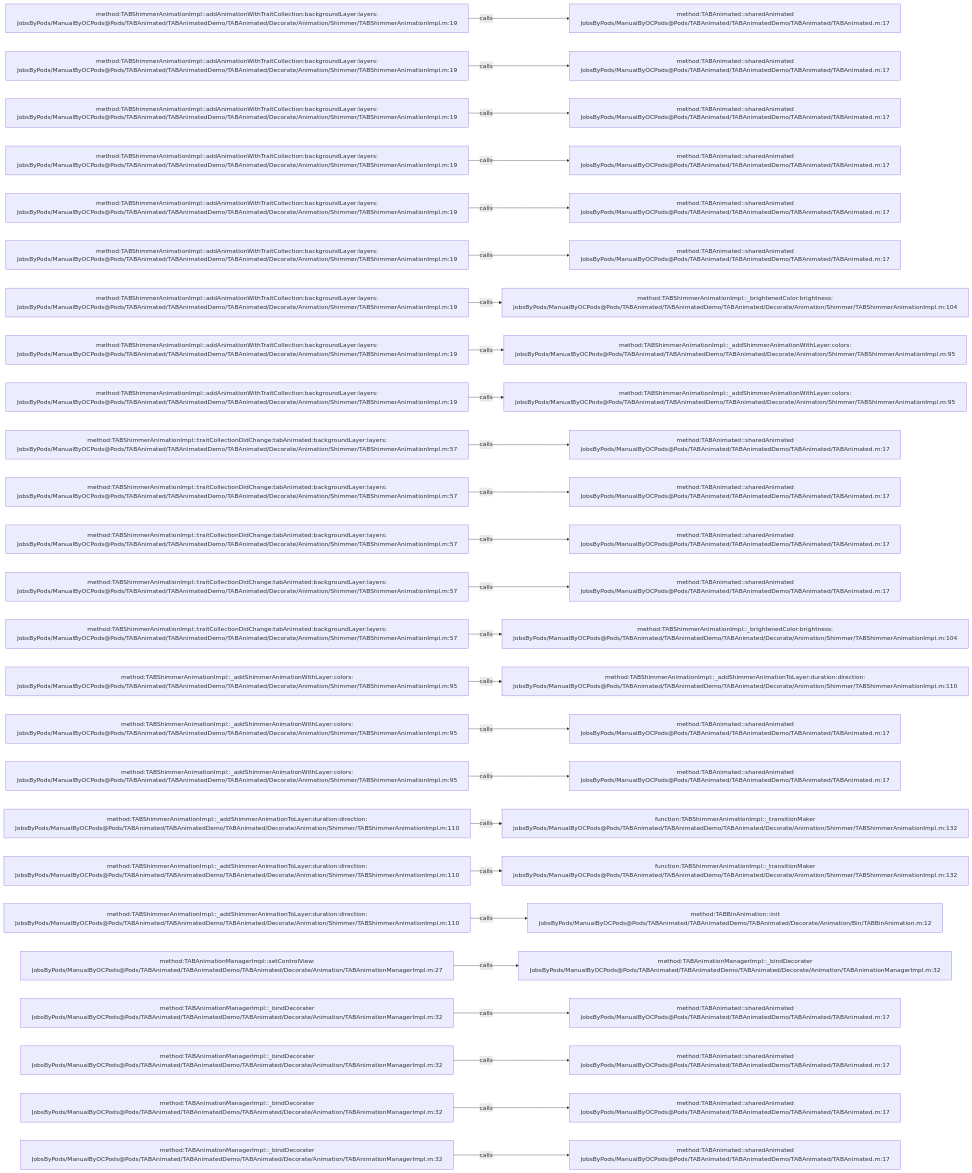
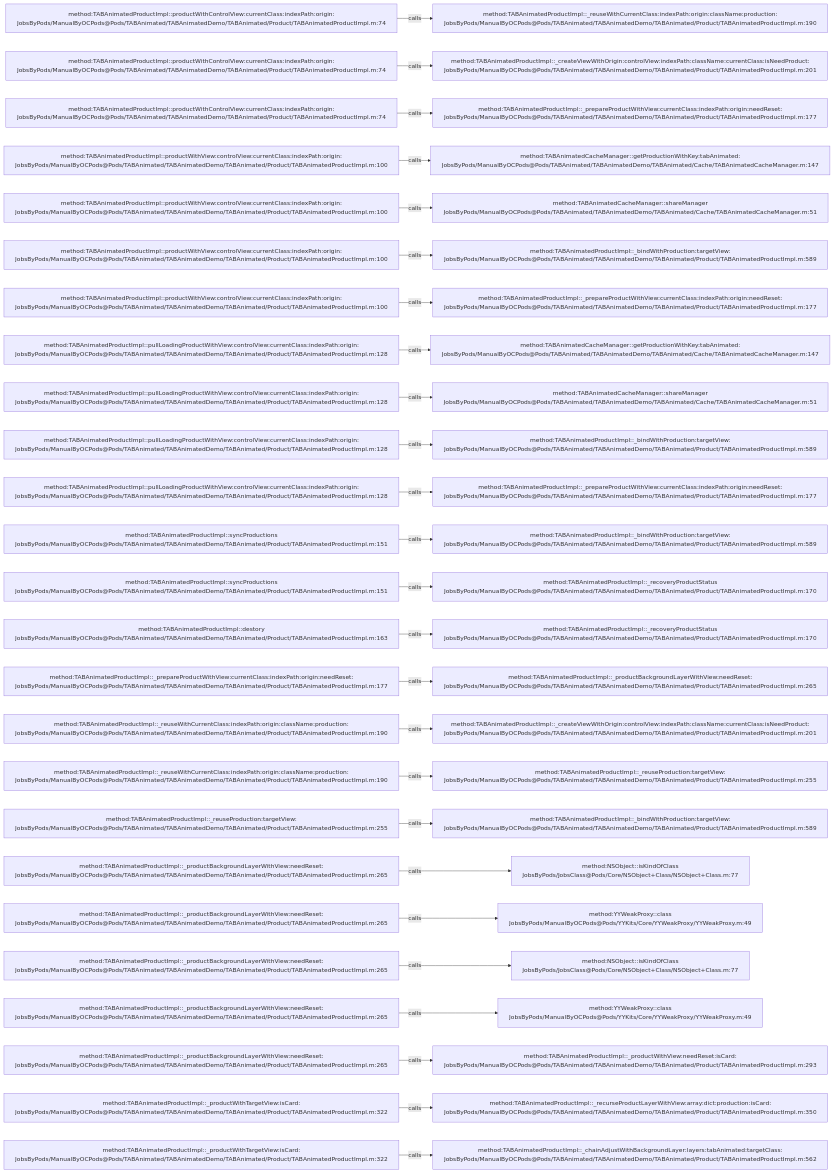
The diagram in .codegraph/codegraph.md/graphs/calls-027.md (JobsKits/JobsOCBaseConfigDemo), drawn with Mermaid before and after one commit. The commit also changed 1448 other files, not shown here.

````diff
--- a/.codegraph/codegraph.md/graphs/calls-027.md
+++ b/.codegraph/codegraph.md/graphs/calls-027.md
@@ -13,78 +13,78 @@
 ```mermaid
 flowchart LR
-  S1["method:TABShimmerAnimationImpl::addAnimationWithTraitCollection:backgroundLayer:layers:<br/>JobsByPods/ManualByOCPods@Pods/TABAnimated/TABAnimatedDemo/TABAnimated/Decorate/Animation/Shimmer/TABShimmerAnimationImpl.m:19"]
-  T1["method:TABAnimated::sharedAnimated<br/>JobsByPods/ManualByOCPods@Pods/TABAnimated/TABAnimatedDemo/TABAnimated/TABAnimated.m:17"]
+  S1["method:TABAnimatedProductImpl::productWithControlView:currentClass:indexPath:origin:<br/>JobsByPods/ManualByOCPods@Pods/TABAnimated/TABAnimatedDemo/TABAnimated/Product/TABAnimatedProductImpl.m:74"]
+  T1["method:TABAnimatedProductImpl::_reuseWithCurrentClass:indexPath:origin:className:production:<br/>JobsByPods/ManualByOCPods@Pods/TABAnimated/TABAnimatedDemo/TABAnimated/Product/TABAnimatedProductImpl.m:190"]
   S1 -->|calls| T1
-  S2["method:TABShimmerAnimationImpl::addAnimationWithTraitCollection:backgroundLayer:layers:<br/>JobsByPods/ManualByOCPods@Pods/TABAnimated/TABAnimatedDemo/TABAnimated/Decorate/Animation/Shimmer/TABShimmerAnimationImpl.m:19"]
-  T2["method:TABAnimated::sharedAnimated<br/>JobsByPods/ManualByOCPods@Pods/TABAnimated/TABAnimatedDemo/TABAnimated/TABAnimated.m:17"]
+  S2["method:TABAnimatedProductImpl::productWithControlView:currentClass:indexPath:origin:<br/>JobsByPods/ManualByOCPods@Pods/TABAnimated/TABAnimatedDemo/TABAnimated/Product/TABAnimatedProductImpl.m:74"]
+  T2["method:TABAnimatedProductImpl::_createViewWithOrigin:controlView:indexPath:className:currentClass:isNeedProduct:<br/>JobsByPods/ManualByOCPods@Pods/TABAnimated/TABAnimatedDemo/TABAnimated/Product/TABAnimatedProductImpl.m:201"]
   S2 -->|calls| T2
-  S3["method:TABShimmerAnimationImpl::addAnimationWithTraitCollection:backgroundLayer:layers:<br/>JobsByPods/ManualByOCPods@Pods/TABAnimated/TABAnimatedDemo/TABAnimated/Decorate/Animation/Shimmer/TABShimmerAnimationImpl.m:19"]
-  T3["method:TABAnimated::sharedAnimated<br/>JobsByPods/ManualByOCPods@Pods/TABAnimated/TABAnimatedDemo/TABAnimated/TABAnimated.m:17"]
+  S3["method:TABAnimatedProductImpl::productWithControlView:currentClass:indexPath:origin:<br/>JobsByPods/ManualByOCPods@Pods/TABAnimated/TABAnimatedDemo/TABAnimated/Product/TABAnimatedProductImpl.m:74"]
+  T3["method:TABAnimatedProductImpl::_prepareProductWithView:currentClass:indexPath:origin:needReset:<br/>JobsByPods/ManualByOCPods@Pods/TABAnimated/TABAnimatedDemo/TABAnimated/Product/TABAnimatedProductImpl.m:177"]
   S3 -->|calls| T3
-  S4["method:TABShimmerAnimationImpl::addAnimationWithTraitCollection:backgroundLayer:layers:<br/>JobsByPods/ManualByOCPods@Pods/TABAnimated/TABAnimatedDemo/TABAnimated/Decorate/Animation/Shimmer/TABShimmerAnimationImpl.m:19"]
-  T4["method:TABAnimated::sharedAnimated<br/>JobsByPods/ManualByOCPods@Pods/TABAnimated/TABAnimatedDemo/TABAnimated/TABAnimated.m:17"]
+  S4["method:TABAnimatedProductImpl::productWithView:controlView:currentClass:indexPath:origin:<br/>JobsByPods/ManualByOCPods@Pods/TABAnimated/TABAnimatedDemo/TABAnimated/Product/TABAnimatedProductImpl.m:100"]
+  T4["method:TABAnimatedCacheManager::getProductionWithKey:tabAnimated:<br/>JobsByPods/ManualByOCPods@Pods/TABAnimated/TABAnimatedDemo/TABAnimated/Cache/TABAnimatedCacheManager.m:147"]
   S4 -->|calls| T4
-  S5["method:TABShimmerAnimationImpl::addAnimationWithTraitCollection:backgroundLayer:layers:<br/>JobsByPods/ManualByOCPods@Pods/TABAnimated/TABAnimatedDemo/TABAnimated/Decorate/Animation/Shimmer/TABShimmerAnimationImpl.m:19"]
-  T5["method:TABAnimated::sharedAnimated<br/>JobsByPods/ManualByOCPods@Pods/TABAnimated/TABAnimatedDemo/TABAnimated/TABAnimated.m:17"]
+  S5["method:TABAnimatedProductImpl::productWithView:controlView:currentClass:indexPath:origin:<br/>JobsByPods/ManualByOCPods@Pods/TABAnimated/TABAnimatedDemo/TABAnimated/Product/TABAnimatedProductImpl.m:100"]
+  T5["method:TABAnimatedCacheManager::shareManager<br/>JobsByPods/ManualByOCPods@Pods/TABAnimated/TABAnimatedDemo/TABAnimated/Cache/TABAnimatedCacheManager.m:51"]
   S5 -->|calls| T5
-  S6["method:TABShimmerAnimationImpl::addAnimationWithTraitCollection:backgroundLayer:layers:<br/>JobsByPods/ManualByOCPods@Pods/TABAnimated/TABAnimatedDemo/TABAnimated/Decorate/Animation/Shimmer/TABShimmerAnimationImpl.m:19"]
-  T6["method:TABAnimated::sharedAnimated<br/>JobsByPods/ManualByOCPods@Pods/TABAnimated/TABAnimatedDemo/TABAnimated/TABAnimated.m:17"]
+  S6["method:TABAnimatedProductImpl::productWithView:controlView:currentClass:indexPath:origin:<br/>JobsByPods/ManualByOCPods@Pods/TABAnimated/TABAnimatedDemo/TABAnimated/Product/TABAnimatedProductImpl.m:100"]
+  T6["method:TABAnimatedProductImpl::_bindWithProduction:targetView:<br/>JobsByPods/ManualByOCPods@Pods/TABAnimated/TABAnimatedDemo/TABAnimated/Product/TABAnimatedProductImpl.m:589"]
   S6 -->|calls| T6
-  S7["method:TABShimmerAnimationImpl::addAnimationWithTraitCollection:backgroundLayer:layers:<br/>JobsByPods/ManualByOCPods@Pods/TABAnimated/TABAnimatedDemo/TABAnimated/Decorate/Animation/Shimmer/TABShimmerAnimationImpl.m:19"]
-  T7["method:TABShimmerAnimationImpl::_brightenedColor:brightness:<br/>JobsByPods/ManualByOCPods@Pods/TABAnimated/TABAnimatedDemo/TABAnimated/Decorate/Animation/Shimmer/TABShimmerAnimationImpl.m:104"]
+  S7["method:TABAnimatedProductImpl::productWithView:controlView:currentClass:indexPath:origin:<br/>JobsByPods/ManualByOCPods@Pods/TABAnimated/TABAnimatedDemo/TABAnimated/Product/TABAnimatedProductImpl.m:100"]
+  T7["method:TABAnimatedProductImpl::_prepareProductWithView:currentClass:indexPath:origin:needReset:<br/>JobsByPods/ManualByOCPods@Pods/TABAnimated/TABAnimatedDemo/TABAnimated/Product/TABAnimatedProductImpl.m:177"]
   S7 -->|calls| T7
-  S8["method:TABShimmerAnimationImpl::addAnimationWithTraitCollection:backgroundLayer:layers:<br/>JobsByPods/ManualByOCPods@Pods/TABAnimated/TABAnimatedDemo/TABAnimated/Decorate/Animation/Shimmer/TABShimmerAnimationImpl.m:19"]
-  T8["method:TABShimmerAnimationImpl::_addShimmerAnimationWithLayer:colors:<br/>JobsByPods/ManualByOCPods@Pods/TABAnimated/TABAnimatedDemo/TABAnimated/Decorate/Animation/Shimmer/TABShimmerAnimationImpl.m:95"]
+  S8["method:TABAnimatedProductImpl::pullLoadingProductWithView:controlView:currentClass:indexPath:origin:<br/>JobsByPods/ManualByOCPods@Pods/TABAnimated/TABAnimatedDemo/TABAnimated/Product/TABAnimatedProductImpl.m:128"]
+  T8["method:TABAnimatedCacheManager::getProductionWithKey:tabAnimated:<br/>JobsByPods/ManualByOCPods@Pods/TABAnimated/TABAnimatedDemo/TABAnimated/Cache/TABAnimatedCacheManager.m:147"]
   S8 -->|calls| T8
-  S9["method:TABShimmerAnimationImpl::addAnimationWithTraitCollection:backgroundLayer:layers:<br/>JobsByPods/ManualByOCPods@Pods/TABAnimated/TABAnimatedDemo/TABAnimated/Decorate/Animation/Shimmer/TABShimmerAnimationImpl.m:19"]
-  T9["method:TABShimmerAnimationImpl::_addShimmerAnimationWithLayer:colors:<br/>JobsByPods/ManualByOCPods@Pods/TABAnimated/TABAnimatedDemo/TABAnimated/Decorate/Animation/Shimmer/TABShimmerAnimationImpl.m:95"]
+  S9["method:TABAnimatedProductImpl::pullLoadingProductWithView:controlView:currentClass:indexPath:origin:<br/>JobsByPods/ManualByOCPods@Pods/TABAnimated/TABAnimatedDemo/TABAnimated/Product/TABAnimatedProductImpl.m:128"]
+  T9["method:TABAnimatedCacheManager::shareManager<br/>JobsByPods/ManualByOCPods@Pods/TABAnimated/TABAnimatedDemo/TABAnimated/Cache/TABAnimatedCacheManager.m:51"]
   S9 -->|calls| T9
-  S10["method:TABShimmerAnimationImpl::traitCollectionDidChange:tabAnimated:backgroundLayer:layers:<br/>JobsByPods/ManualByOCPods@Pods/TABAnimated/TABAnimatedDemo/TABAnimated/Decorate/Animation/Shimmer/TABShimmerAnimationImpl.m:57"]
-  T10["method:TABAnimated::sharedAnimated<br/>JobsByPods/ManualByOCPods@Pods/TABAnimated/TABAnimatedDemo/TABAnimated/TABAnimated.m:17"]
+  S10["method:TABAnimatedProductImpl::pullLoadingProductWithView:controlView:currentClass:indexPath:origin:<br/>JobsByPods/ManualByOCPods@Pods/TABAnimated/TABAnimatedDemo/TABAnimated/Product/TABAnimatedProductImpl.m:128"]
+  T10["method:TABAnimatedProductImpl::_bindWithProduction:targetView:<br/>JobsByPods/ManualByOCPods@Pods/TABAnimated/TABAnimatedDemo/TABAnimated/Product/TABAnimatedProductImpl.m:589"]
   S10 -->|calls| T10
-  S11["method:TABShimmerAnimationImpl::traitCollectionDidChange:tabAnimated:backgroundLayer:layers:<br/>JobsByPods/ManualByOCPods@Pods/TABAnimated/TABAnimatedDemo/TABAnimated/Decorate/Animation/Shimmer/TABShimmerAnimationImpl.m:57"]
-  T11["method:TABAnimated::sharedAnimated<br/>JobsByPods/ManualByOCPods@Pods/TABAnimated/TABAnimatedDemo/TABAnimated/TABAnimated.m:17"]
+  S11["method:TABAnimatedProductImpl::pullLoadingProductWithView:controlView:currentClass:indexPath:origin:<br/>JobsByPods/ManualByOCPods@Pods/TABAnimated/TABAnimatedDemo/TABAnimated/Product/TABAnimatedProductImpl.m:128"]
+  T11["method:TABAnimatedProductImpl::_prepareProductWithView:currentClass:indexPath:origin:needReset:<br/>JobsByPods/ManualByOCPods@Pods/TABAnimated/TABAnimatedDemo/TABAnimated/Product/TABAnimatedProductImpl.m:177"]
   S11 -->|calls| T11
-  S12["method:TABShimmerAnimationImpl::traitCollectionDidChange:tabAnimated:backgroundLayer:layers:<br/>JobsByPods/ManualByOCPods@Pods/TABAnimated/TABAnimatedDemo/TABAnimated/Decorate/Animation/Shimmer/TABShimmerAnimationImpl.m:57"]
-  T12["method:TABAnimated::sharedAnimated<br/>JobsByPods/ManualByOCPods@Pods/TABAnimated/TABAnimatedDemo/TABAnimated/TABAnimated.m:17"]
+  S12["method:TABAnimatedProductImpl::syncProductions<br/>JobsByPods/ManualByOCPods@Pods/TABAnimated/TABAnimatedDemo/TABAnimated/Product/TABAnimatedProductImpl.m:151"]
+  T12["method:TABAnimatedProductImpl::_bindWithProduction:targetView:<br/>JobsByPods/ManualByOCPods@Pods/TABAnimated/TABAnimatedDemo/TABAnimated/Product/TABAnimatedProductImpl.m:589"]
   S12 -->|calls| T12
-  S13["method:TABShimmerAnimationImpl::traitCollectionDidChange:tabAnimated:backgroundLayer:layers:<br/>JobsByPods/ManualByOCPods@Pods/TABAnimated/TABAnimatedDemo/TABAnimated/Decorate/Animation/Shimmer/TABShimmerAnimationImpl.m:57"]
-  T13["method:TABAnimated::sharedAnimated<br/>JobsByPods/ManualByOCPods@Pods/TABAnimated/TABAnimatedDemo/TABAnimated/TABAnimated.m:17"]
+  S13["method:TABAnimatedProductImpl::syncProductions<br/>JobsByPods/ManualByOCPods@Pods/TABAnimated/TABAnimatedDemo/TABAnimated/Product/TABAnimatedProductImpl.m:151"]
+  T13["method:TABAnimatedProductImpl::_recoveryProductStatus<br/>JobsByPods/ManualByOCPods@Pods/TABAnimated/TABAnimatedDemo/TABAnimated/Product/TABAnimatedProductImpl.m:170"]
   S13 -->|calls| T13
-  S14["method:TABShimmerAnimationImpl::traitCollectionDidChange:tabAnimated:backgroundLayer:layers:<br/>JobsByPods/ManualByOCPods@Pods/TABAnimated/TABAnimatedDemo/TABAnimated/Decorate/Animation/Shimmer/TABShimmerAnimationImpl.m:57"]
-  T14["method:TABShimmerAnimationImpl::_brightenedColor:brightness:<br/>JobsByPods/ManualByOCPods@Pods/TABAnimated/TABAnimatedDemo/TABAnimated/Decorate/Animation/Shimmer/TABShimmerAnimationImpl.m:104"]
+  S14["method:TABAnimatedProductImpl::destory<br/>JobsByPods/ManualByOCPods@Pods/TABAnimated/TABAnimatedDemo/TABAnimated/Product/TABAnimatedProductImpl.m:163"]
+  T14["method:TABAnimatedProductImpl::_recoveryProductStatus<br/>JobsByPods/ManualByOCPods@Pods/TABAnimated/TABAnimatedDemo/TABAnimated/Product/TABAnimatedProductImpl.m:170"]
   S14 -->|calls| T14
-  S15["method:TABShimmerAnimationImpl::_addShimmerAnimationWithLayer:colors:<br/>JobsByPods/ManualByOCPods@Pods/TABAnimated/TABAnimatedDemo/TABAnimated/Decorate/Animation/Shimmer/TABShimmerAnimationImpl.m:95"]
-  T15["method:TABShimmerAnimationImpl::_addShimmerAnimationToLayer:duration:direction:<br/>JobsByPods/ManualByOCPods@Pods/TABAnimated/TABAnimatedDemo/TABAnimated/Decorate/Animation/Shimmer/TABShimmerAnimationImpl.m:110"]
+  S15["method:TABAnimatedProductImpl::_prepareProductWithView:currentClass:indexPath:origin:needReset:<br/>JobsByPods/ManualByOCPods@Pods/TABAnimated/TABAnimatedDemo/TABAnimated/Product/TABAnimatedProductImpl.m:177"]
+  T15["method:TABAnimatedProductImpl::_productBackgroundLayerWithView:needReset:<br/>JobsByPods/ManualByOCPods@Pods/TABAnimated/TABAnimatedDemo/TABAnimated/Product/TABAnimatedProductImpl.m:265"]
   S15 -->|calls| T15
-  S16["method:TABShimmerAnimationImpl::_addShimmerAnimationWithLayer:colors:<br/>JobsByPods/ManualByOCPods@Pods/TABAnimated/TABAnimatedDemo/TABAnimated/Decorate/Animation/Shimmer/TABShimmerAnimationImpl.m:95"]
-  T16["method:TABAnimated::sharedAnimated<br/>JobsByPods/ManualByOCPods@Pods/TABAnimated/TABAnimatedDemo/TABAnimated/TABAnimated.m:17"]
+  S16["method:TABAnimatedProductImpl::_reuseWithCurrentClass:indexPath:origin:className:production:<br/>JobsByPods/ManualByOCPods@Pods/TABAnimated/TABAnimatedDemo/TABAnimated/Product/TABAnimatedProductImpl.m:190"]
+  T16["method:TABAnimatedProductImpl::_createViewWithOrigin:controlView:indexPath:className:currentClass:isNeedProduct:<br/>JobsByPods/ManualByOCPods@Pods/TABAnimated/TABAnimatedDemo/TABAnimated/Product/TABAnimatedProductImpl.m:201"]
   S16 -->|calls| T16
-  S17["method:TABShimmerAnimationImpl::_addShimmerAnimationWithLayer:colors:<br/>JobsByPods/ManualByOCPods@Pods/TABAnimated/TABAnimatedDemo/TABAnimated/Decorate/Animation/Shimmer/TABShimmerAnimationImpl.m:95"]
-  T17["method:TABAnimated::sharedAnimated<br/>JobsByPods/ManualByOCPods@Pods/TABAnimated/TABAnimatedDemo/TABAnimated/TABAnimated.m:17"]
+  S17["method:TABAnimatedProductImpl::_reuseWithCurrentClass:indexPath:origin:className:production:<br/>JobsByPods/ManualByOCPods@Pods/TABAnimated/TABAnimatedDemo/TABAnimated/Product/TABAnimatedProductImpl.m:190"]
+  T17["method:TABAnimatedProductImpl::_reuseProduction:targetView:<br/>JobsByPods/ManualByOCPods@Pods/TABAnimated/TABAnimatedDemo/TABAnimated/Product/TABAnimatedProductImpl.m:255"]
   S17 -->|calls| T17
-  S18["method:TABShimmerAnimationImpl::_addShimmerAnimationToLayer:duration:direction:<br/>JobsByPods/ManualByOCPods@Pods/TABAnimated/TABAnimatedDemo/TABAnimated/Decorate/Animation/Shimmer/TABShimmerAnimationImpl.m:110"]
-  T18["function:TABShimmerAnimationImpl::_transitionMaker<br/>JobsByPods/ManualByOCPods@Pods/TABAnimated/TABAnimatedDemo/TABAnimated/Decorate/Animation/Shimmer/TABShimmerAnimationImpl.m:132"]
+  S18["method:TABAnimatedProductImpl::_reuseProduction:targetView:<br/>JobsByPods/ManualByOCPods@Pods/TABAnimated/TABAnimatedDemo/TABAnimated/Product/TABAnimatedProductImpl.m:255"]
+  T18["method:TABAnimatedProductImpl::_bindWithProduction:targetView:<br/>JobsByPods/ManualByOCPods@Pods/TABAnimated/TABAnimatedDemo/TABAnimated/Product/TABAnimatedProductImpl.m:589"]
   S18 -->|calls| T18
-  S19["method:TABShimmerAnimationImpl::_addShimmerAnimationToLayer:duration:direction:<br/>JobsByPods/ManualByOCPods@Pods/TABAnimated/TABAnimatedDemo/TABAnimated/Decorate/Animation/Shimmer/TABShimmerAnimationImpl.m:110"]
-  T19["function:TABShimmerAnimationImpl::_transitionMaker<br/>JobsByPods/ManualByOCPods@Pods/TABAnimated/TABAnimatedDemo/TABAnimated/Decorate/Animation/Shimmer/TABShimmerAnimationImpl.m:132"]
+  S19["method:TABAnimatedProductImpl::_productBackgroundLayerWithView:needReset:<br/>JobsByPods/ManualByOCPods@Pods/TABAnimated/TABAnimatedDemo/TABAnimated/Product/TABAnimatedProductImpl.m:265"]
+  T19["method:NSObject::isKindOfClass<br/>JobsByPods/JobsClass@Pods/Core/NSObject+Class/NSObject+Class.m:77"]
   S19 -->|calls| T19
-  S20["method:TABShimmerAnimationImpl::_addShimmerAnimationToLayer:duration:direction:<br/>JobsByPods/ManualByOCPods@Pods/TABAnimated/TABAnimatedDemo/TABAnimated/Decorate/Animation/Shimmer/TABShimmerAnimationImpl.m:110"]
-  T20["method:TABBinAnimation::init<br/>JobsByPods/ManualByOCPods@Pods/TABAnimated/TABAnimatedDemo/TABAnimated/Decorate/Animation/Bin/TABBinAnimation.m:12"]
+  S20["method:TABAnimatedProductImpl::_productBackgroundLayerWithView:needReset:<br/>JobsByPods/ManualByOCPods@Pods/TABAnimated/TABAnimatedDemo/TABAnimated/Product/TABAnimatedProductImpl.m:265"]
+  T20["method:YYWeakProxy::class<br/>JobsByPods/ManualByOCPods@Pods/YYKits/Core/YYWeakProxy/YYWeakProxy.m:49"]
   S20 -->|calls| T20
-  S21["method:TABAnimationManagerImpl::setControlView:<br/>JobsByPods/ManualByOCPods@Pods/TABAnimated/TABAnimatedDemo/TABAnimated/Decorate/Animation/TABAnimationManagerImpl.m:27"]
-  T21["method:TABAnimationManagerImpl::_bindDecorater<br/>JobsByPods/ManualByOCPods@Pods/TABAnimated/TABAnimatedDemo/TABAnimated/Decorate/Animation/TABAnimationManagerImpl.m:32"]
+  S21["method:TABAnimatedProductImpl::_productBackgroundLayerWithView:needReset:<br/>JobsByPods/ManualByOCPods@Pods/TABAnimated/TABAnimatedDemo/TABAnimated/Product/TABAnimatedProductImpl.m:265"]
+  T21["method:NSObject::isKindOfClass<br/>JobsByPods/JobsClass@Pods/Core/NSObject+Class/NSObject+Class.m:77"]
   S21 -->|calls| T21
-  S22["method:TABAnimationManagerImpl::_bindDecorater<br/>JobsByPods/ManualByOCPods@Pods/TABAnimated/TABAnimatedDemo/TABAnimated/Decorate/Animation/TABAnimationManagerImpl.m:32"]
-  T22["method:TABAnimated::sharedAnimated<br/>JobsByPods/ManualByOCPods@Pods/TABAnimated/TABAnimatedDemo/TABAnimated/TABAnimated.m:17"]
+  S22["method:TABAnimatedProductImpl::_productBackgroundLayerWithView:needReset:<br/>JobsByPods/ManualByOCPods@Pods/TABAnimated/TABAnimatedDemo/TABAnimated/Product/TABAnimatedProductImpl.m:265"]
+  T22["method:YYWeakProxy::class<br/>JobsByPods/ManualByOCPods@Pods/YYKits/Core/YYWeakProxy/YYWeakProxy.m:49"]
   S22 -->|calls| T22
-  S23["method:TABAnimationManagerImpl::_bindDecorater<br/>JobsByPods/ManualByOCPods@Pods/TABAnimated/TABAnimatedDemo/TABAnimated/Decorate/Animation/TABAnimationManagerImpl.m:32"]
-  T23["method:TABAnimated::sharedAnimated<br/>JobsByPods/ManualByOCPods@Pods/TABAnimated/TABAnimatedDemo/TABAnimated/TABAnimated.m:17"]
+  S23["method:TABAnimatedProductImpl::_productBackgroundLayerWithView:needReset:<br/>JobsByPods/ManualByOCPods@Pods/TABAnimated/TABAnimatedDemo/TABAnimated/Product/TABAnimatedProductImpl.m:265"]
+  T23["method:TABAnimatedProductImpl::_productWithView:needReset:isCard:<br/>JobsByPods/ManualByOCPods@Pods/TABAnimated/TABAnimatedDemo/TABAnimated/Product/TABAnimatedProductImpl.m:293"]
   S23 -->|calls| T23
-  S24["method:TABAnimationManagerImpl::_bindDecorater<br/>JobsByPods/ManualByOCPods@Pods/TABAnimated/TABAnimatedDemo/TABAnimated/Decorate/Animation/TABAnimationManagerImpl.m:32"]
-  T24["method:TABAnimated::sharedAnimated<br/>JobsByPods/ManualByOCPods@Pods/TABAnimated/TABAnimatedDemo/TABAnimated/TABAnimated.m:17"]
+  S24["method:TABAnimatedProductImpl::_productWithTargetView:isCard:<br/>JobsByPods/ManualByOCPods@Pods/TABAnimated/TABAnimatedDemo/TABAnimated/Product/TABAnimatedProductImpl.m:322"]
+  T24["method:TABAnimatedProductImpl::_recurseProductLayerWithView:array:dict:production:isCard:<br/>JobsByPods/ManualByOCPods@Pods/TABAnimated/TABAnimatedDemo/TABAnimated/Product/TABAnimatedProductImpl.m:350"]
   S24 -->|calls| T24
-  S25["method:TABAnimationManagerImpl::_bindDecorater<br/>JobsByPods/ManualByOCPods@Pods/TABAnimated/TABAnimatedDemo/TABAnimated/Decorate/Animation/TABAnimationManagerImpl.m:32"]
-  T25["method:TABAnimated::sharedAnimated<br/>JobsByPods/ManualByOCPods@Pods/TABAnimated/TABAnimatedDemo/TABAnimated/TABAnimated.m:17"]
+  S25["method:TABAnimatedProductImpl::_productWithTargetView:isCard:<br/>JobsByPods/ManualByOCPods@Pods/TABAnimated/TABAnimatedDemo/TABAnimated/Product/TABAnimatedProductImpl.m:322"]
+  T25["method:TABAnimatedProductImpl::_chainAdjustWithBackgroundLayer:layers:tabAnimated:targetClass:<br/>JobsByPods/ManualByOCPods@Pods/TABAnimated/TABAnimatedDemo/TABAnimated/Product/TABAnimatedProductImpl.m:562"]
   S25 -->|calls| T25
 ```
````
